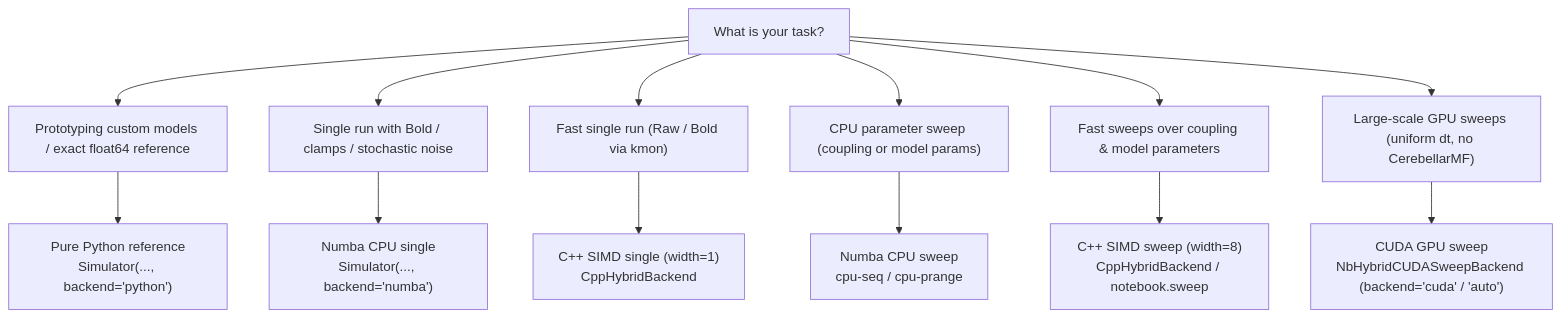
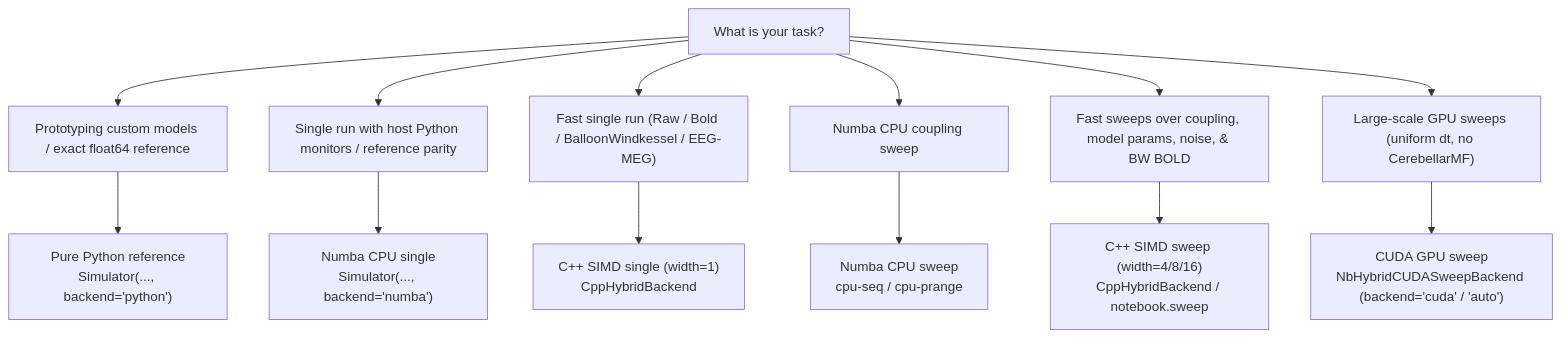
One commit to ins-amu/tvb-docs changed the diagram in content/user-guide/hybrid/hybrid-backends-and-sweeps.md. Above: the diagram before and after it, drawn with Mermaid. The commit also changed other lines of this file and 21 other files, not shown here.

First line of the commit message:
docs(sweep,hpc): pin tvb-library post4 and write parameter sweep docs

````diff
--- a/content/user-guide/hybrid/hybrid-backends-and-sweeps.md
+++ b/content/user-guide/hybrid/hybrid-backends-and-sweeps.md
@@ -19,20 +19,20 @@
 ```{mermaid}
 flowchart TD
     Start["What is your task?"] --> Prototyping["Prototyping custom models / exact float64 reference"]
     Prototyping --> PythonRef["Pure Python reference<br/>Simulator(..., backend='python')"]
 
-    Start --> SingleRun["Single run with Bold / clamps / stochastic noise"]
+    Start --> SingleRun["Single run with host Python monitors / reference parity"]
     SingleRun --> NumbaCPU["Numba CPU single<br/>Simulator(..., backend='numba')"]
 
-    Start --> SingleCpp["Fast single run (Raw / Bold via kmon)"]
+    Start --> SingleCpp["Fast single run (Raw / Bold / BalloonWindkessel / EEG-MEG)"]
     SingleCpp --> CppSingle["C++ SIMD single (width=1)<br/>CppHybridBackend"]
 
-    Start --> CPU_Sweep["CPU parameter sweep (coupling or model params)"]
+    Start --> CPU_Sweep["Numba CPU coupling sweep"]
     CPU_Sweep --> NumbaSweep["Numba CPU sweep<br/>cpu-seq / cpu-prange"]
 
-    Start --> FastSweep["Fast sweeps over coupling & model parameters"]
-    FastSweep --> CppSimd["C++ SIMD sweep (width=8)<br/>CppHybridBackend / notebook.sweep"]
+    Start --> FastSweep["Fast sweeps over coupling, model params, noise, & BW BOLD"]
+    FastSweep --> CppSimd["C++ SIMD sweep (width=4/8/16)<br/>CppHybridBackend / notebook.sweep"]
 
     Start --> GPUSweep["Large-scale GPU sweeps (uniform dt, no CerebellarMF)"]
     GPUSweep --> CUDA["CUDA GPU sweep<br/>NbHybridCUDASweepBackend (backend='cuda' / 'auto')"]
 ```
````
